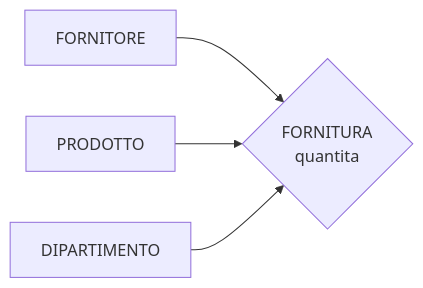
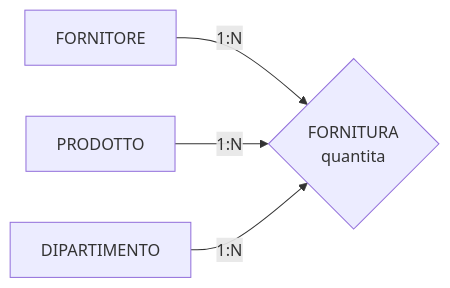
One commit to lucadagati/Lab_Fondamenti_di_Informatica_25_26 changed the fourth of 5 diagrams in 08-progettazione-er/esercizi/06-esercizio-citylogistics.md. Above: the diagram before and after it, drawn with Mermaid. The commit also changed other lines of this file and 60 other files, not shown here.

Commit message:
Add Chen ER step-by-step draw.io diagrams and fix layout

````diff
--- a/08-progettazione-er/esercizi/06-esercizio-citylogistics.md
+++ b/08-progettazione-er/esercizi/06-esercizio-citylogistics.md
@@ -104,6 +104,6 @@
 ```mermaid
 flowchart LR
-    FO[FORNITORE] --> FU{FORNITURA\nquantita}
-    PR[PRODOTTO] --> FU
-    DI[DIPARTIMENTO] --> FU
+    FO[FORNITORE] -->|1:N| FU{FORNITURA\nquantita}
+    PR[PRODOTTO] -->|1:N| FU
+    DI[DIPARTIMENTO] -->|1:N| FU
 ```
````
